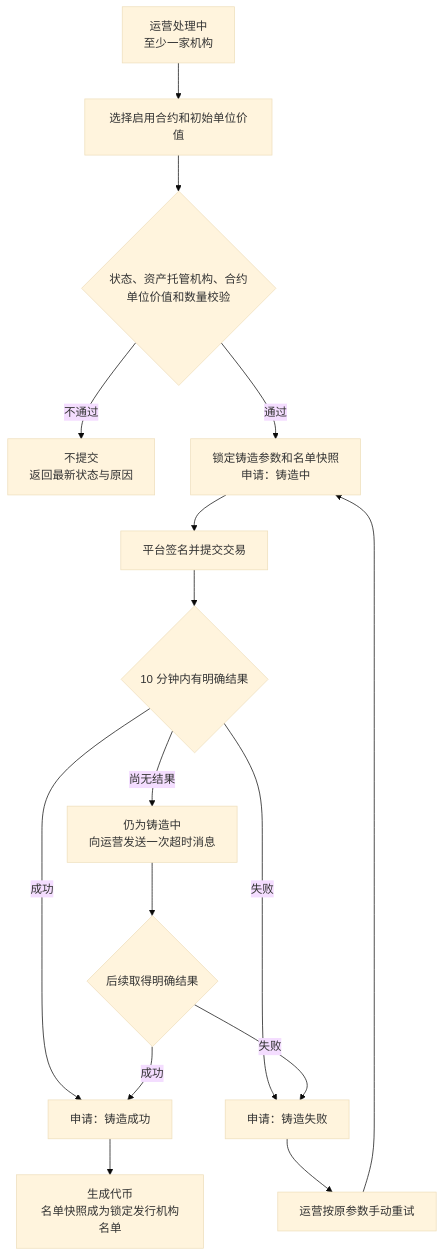
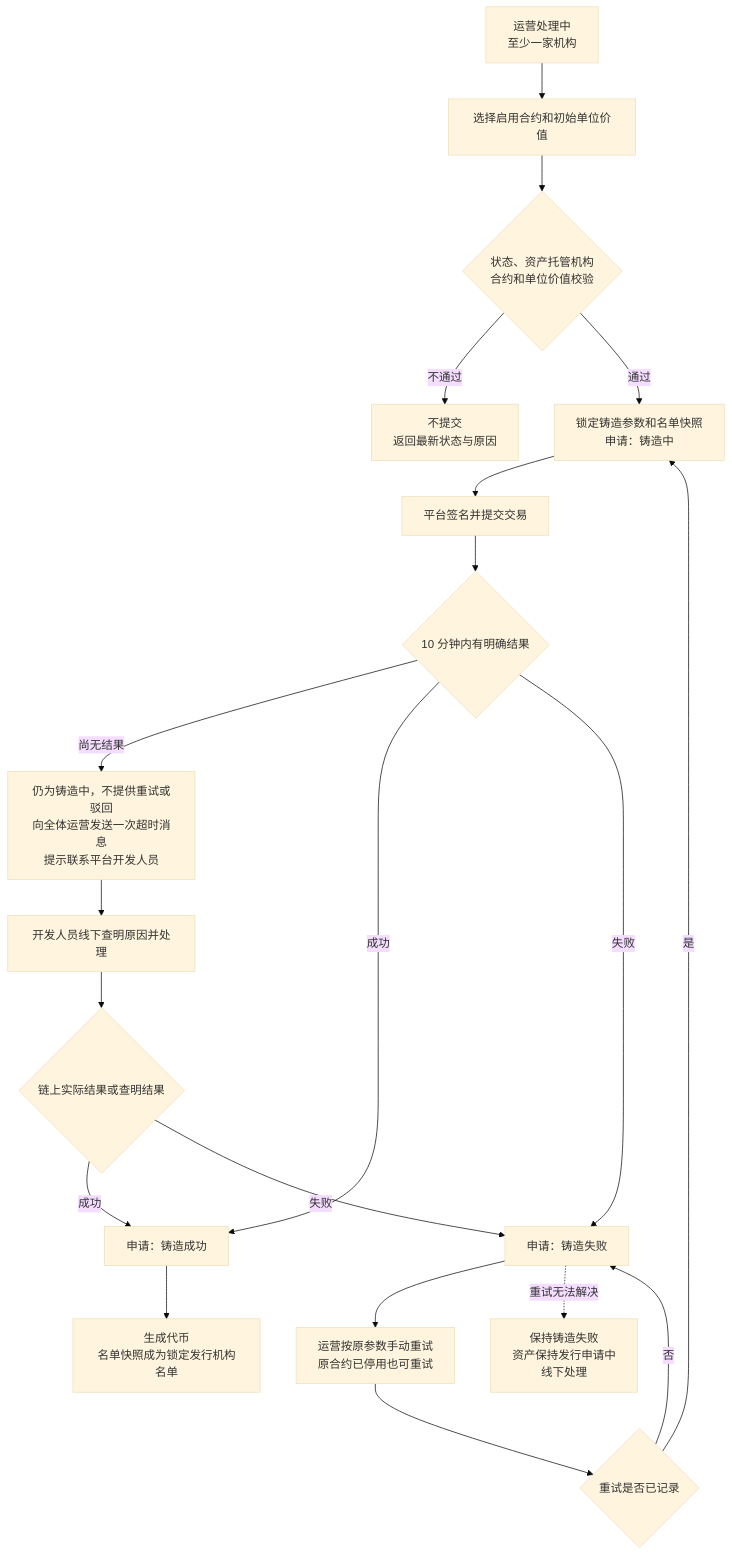
One commit to wxblockchain/Chain-Financing changed the second of 5 diagrams in token-issuance-platform/PRD/管理端/M3b-代币发行-审核与铸造/02-代币发行-审核与铸造-流程图与状态机.md. Above: the diagram before and after it, drawn with Mermaid (base theme). The commit also changed other lines of this file and 35 other files, not shown here.

````diff
--- a/token-issuance-platform/PRD/管理端/M3b-代币发行-审核与铸造/02-代币发行-审核与铸造-流程图与状态机.md
+++ b/token-issuance-platform/PRD/管理端/M3b-代币发行-审核与铸造/02-代币发行-审核与铸造-流程图与状态机.md
@@ -52,18 +54,22 @@
 ```mermaid
 flowchart TD
     A[运营处理中<br/>至少一家机构] --> B[选择启用合约和初始单位价值]
-    B --> C{状态、资产托管机构、合约<br/>单位价值和数量校验}
+    B --> C{状态、资产托管机构<br/>合约和单位价值校验}
     C -->|不通过| D[不提交<br/>返回最新状态与原因]
     C -->|通过| E[锁定铸造参数和名单快照<br/>申请：铸造中]
     E --> F[平台签名并提交交易]
     F --> G{10 分钟内有明确结果}
-    G -->|尚无结果| H[仍为铸造中<br/>向运营发送一次超时消息]
-    H --> I{后续取得明确结果}
+    G -->|尚无结果| H[仍为铸造中，不提供重试或驳回<br/>向全体运营发送一次超时消息<br/>提示联系平台开发人员]
+    H --> I[开发人员线下查明原因并处理]
+    I --> I2{链上实际结果或查明结果}
     G -->|成功| J[申请：铸造成功]
     G -->|失败| K[申请：铸造失败]
-    I -->|成功| J
-    I -->|失败| K
-    K --> L[运营按原参数手动重试]
-    L --> E
+    I2 -->|成功| J
+    I2 -->|失败| K
+    K --> L[运营按原参数手动重试<br/>原合约已停用也可重试]
+    L --> L2{重试是否已记录}
+    L2 -->|否| K
+    L2 -->|是| E
+    K -.重试无法解决.-> N[保持铸造失败<br/>资产保持发行申请中<br/>线下处理]
     J --> M[生成代币<br/>名单快照成为锁定发行机构名单]
 ```
````
